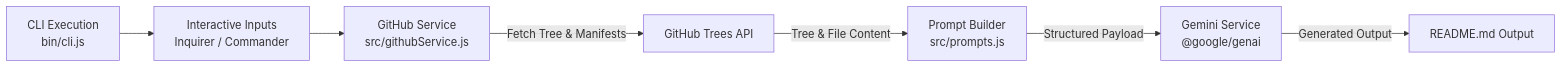
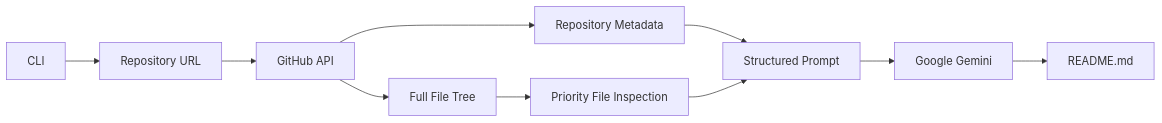
One commit to fang3yuan/ai-readme-gen changed the first of 2 diagrams in README.md. Above: the diagram before and after it, drawn with Mermaid. The commit also changed other lines of this file, not shown here.

````diff
--- a/README.md
+++ b/README.md
@@ -35,9 +42,12 @@
 ```mermaid
 flowchart LR
-    A[CLI Execution<br/>bin/cli.js] --> B[Interactive Inputs<br/>Inquirer / Commander]
-    B --> C[GitHub Service<br/>src/githubService.js]
-    C -->|Fetch Tree & Manifests| D[GitHub Trees API]
-    D -->|Tree & File Content| E[Prompt Builder<br/>src/prompts.js]
-    E -->|Structured Payload| F[Gemini Service<br/>@google/genai]
-    F -->|Generated Output| G[README.md Output]
+    A["CLI"] --> B["Repository URL"]
+    B --> C["GitHub API"]
+    C --> D["Repository Metadata"]
+    C --> E["Full File Tree"]
+    E --> F["Priority File Inspection"]
+    D --> G["Structured Prompt"]
+    F --> G
+    G --> H["Google Gemini"]
+    H --> I["README.md"]
 ```
````
